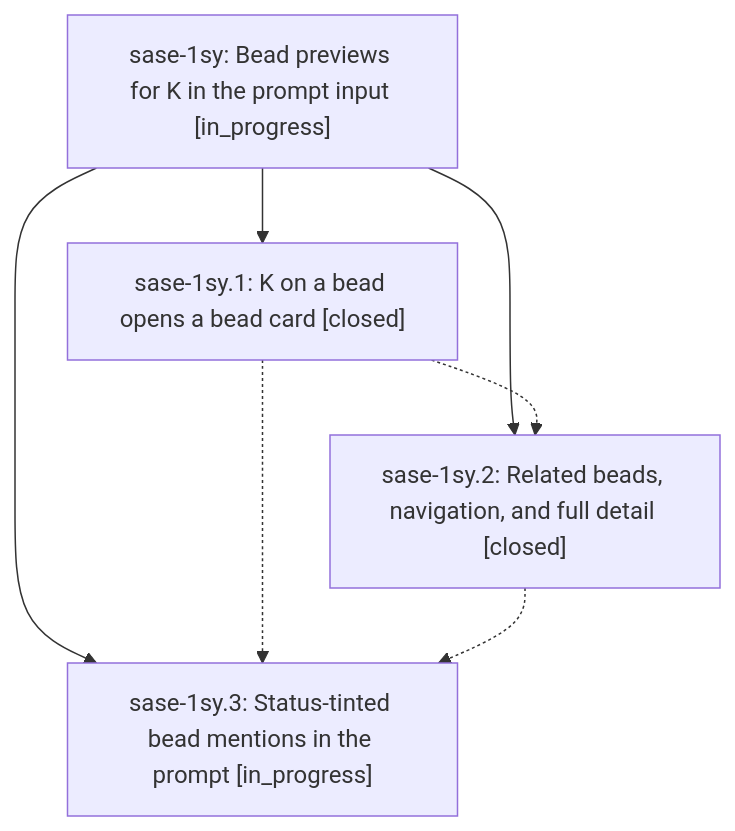
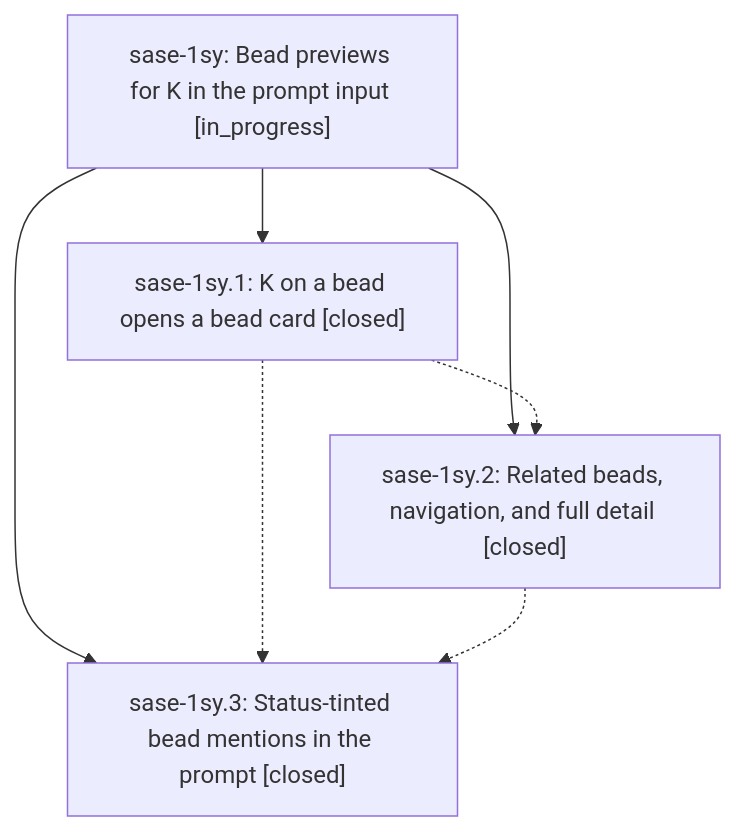
One commit to sase-org/sase--beads changed the diagram in pages/sase-1sy/README.md. Above: the diagram before and after it, drawn with Mermaid. The commit also changed other lines of this file and 3 other files, not shown here.

First line of the commit message:
chore(beads): sync bead state and pages for sase-1sy

````diff
--- a/pages/sase-1sy/README.md
+++ b/pages/sase-1sy/README.md
@@ -38,13 +38,13 @@
 ```mermaid
 flowchart TD
     n0["sase-1sy: Bead previews for K in the prompt input [in_progress]"]
     n1["sase-1sy.1: K on a bead opens a bead card [closed]"]
     n2["sase-1sy.2: Related beads, navigation, and full detail [closed]"]
-    n3["sase-1sy.3: Status-tinted bead mentions in the prompt [in_progress]"]
+    n3["sase-1sy.3: Status-tinted bead mentions in the prompt [closed]"]
     n0 --> n1
     n0 --> n2
     n0 --> n3
     n1 -.-> n2
     n1 -.-> n3
     n2 -.-> n3
 ```
````
